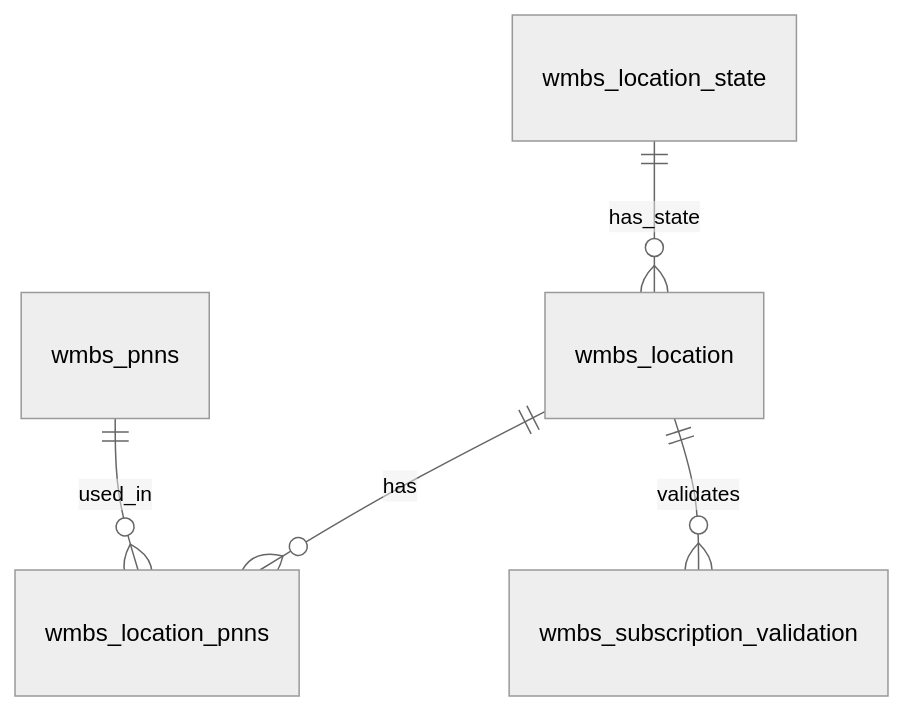
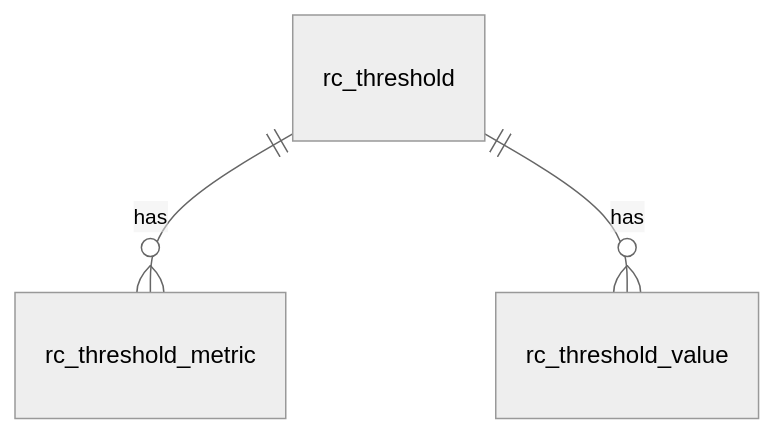
The fourth of 9 diagrams in diagrams/wmcoredb_erd.md (dmwm/wmcoredb), drawn with Mermaid (neutral theme) before and after one commit. The commit also changed other lines of this file and 2 other files, not shown here.

Commit message:
docs: update ERDs; provide summary of MariaDB schema

````diff
--- a/diagrams/wmcoredb_erd.md
+++ b/diagrams/wmcoredb_erd.md
@@ -73,7 +73,5 @@
 ```mermaid
 erDiagram
-    wmbs_location ||--o{ wmbs_location_pnns : "has"
-    wmbs_pnns ||--o{ wmbs_location_pnns : "used_in"
-    wmbs_location ||--o{ wmbs_subscription_validation : "validates"
-    wmbs_location_state ||--o{ wmbs_location : "has_state"
+    rc_threshold ||--o{ rc_threshold_metric : "has"
+    rc_threshold ||--o{ rc_threshold_value : "has"
 ```
````
